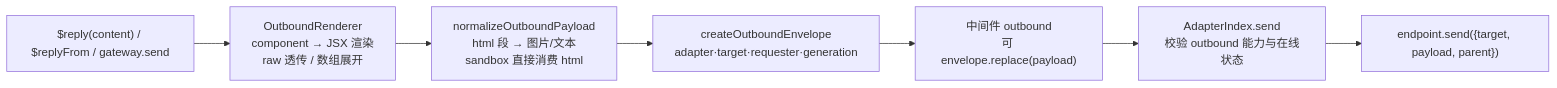
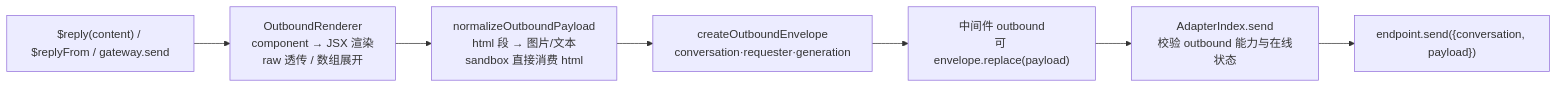
One commit to zhinjs/zhin changed the second of 2 diagrams in docs/concepts/message-flow.md. Above: the diagram before and after it, drawn with Mermaid. The commit also changed other lines of this file and 42 other files, not shown here.

````diff
--- a/docs/concepts/message-flow.md
+++ b/docs/concepts/message-flow.md
@@ -61,9 +61,9 @@
 ```mermaid
 flowchart LR
     A["$reply(content) / $replyFrom / gateway.send"] --> R[OutboundRenderer<br/>component → JSX 渲染<br/>raw 透传 / 数组展开]
     R --> N[normalizeOutboundPayload<br/>html 段 → 图片/文本<br/>sandbox 直接消费 html]
-    N --> V["createOutboundEnvelope<br/>adapter·target·requester·generation"]
+    N --> V["createOutboundEnvelope<br/>conversation·requester·generation"]
     V --> MW["中间件 outbound<br/>可 envelope.replace(payload)"]
     MW --> S[AdapterIndex.send<br/>校验 outbound 能力与在线状态]
-    S --> E["endpoint.send({target, payload, parent})"]
+    S --> E["endpoint.send({conversation, payload})"]
 ```
````
